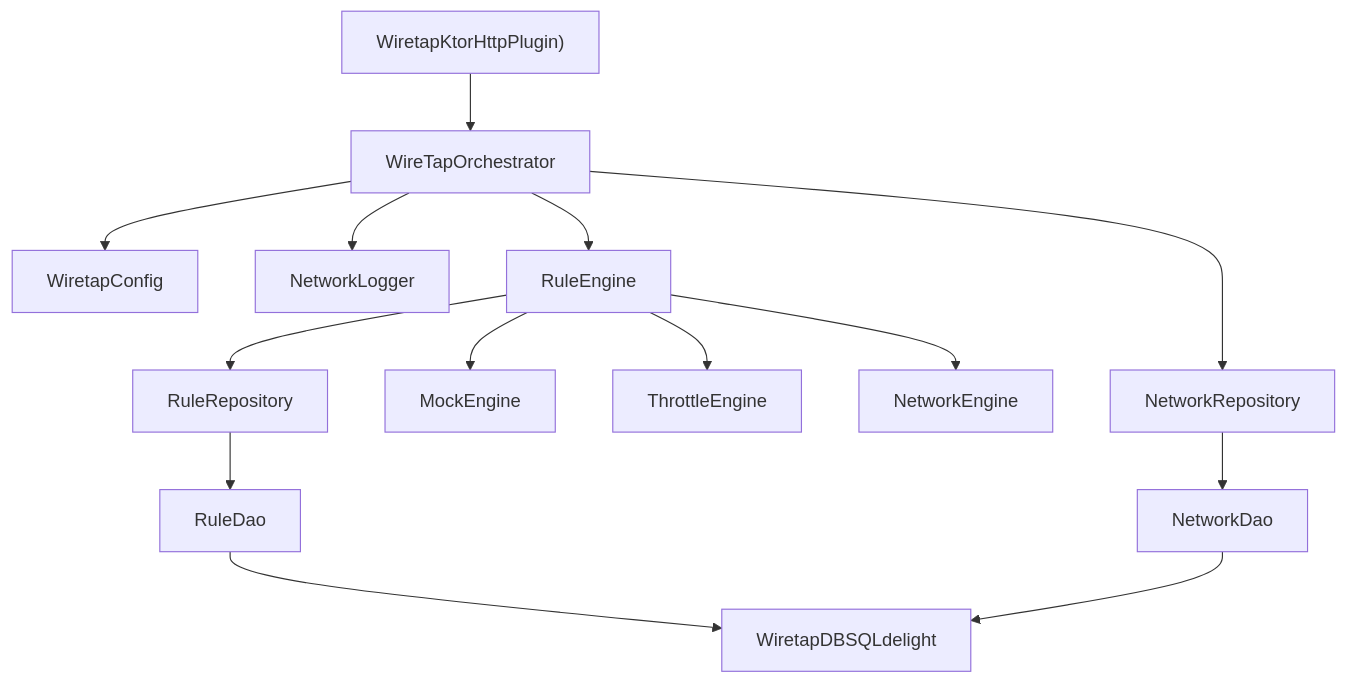
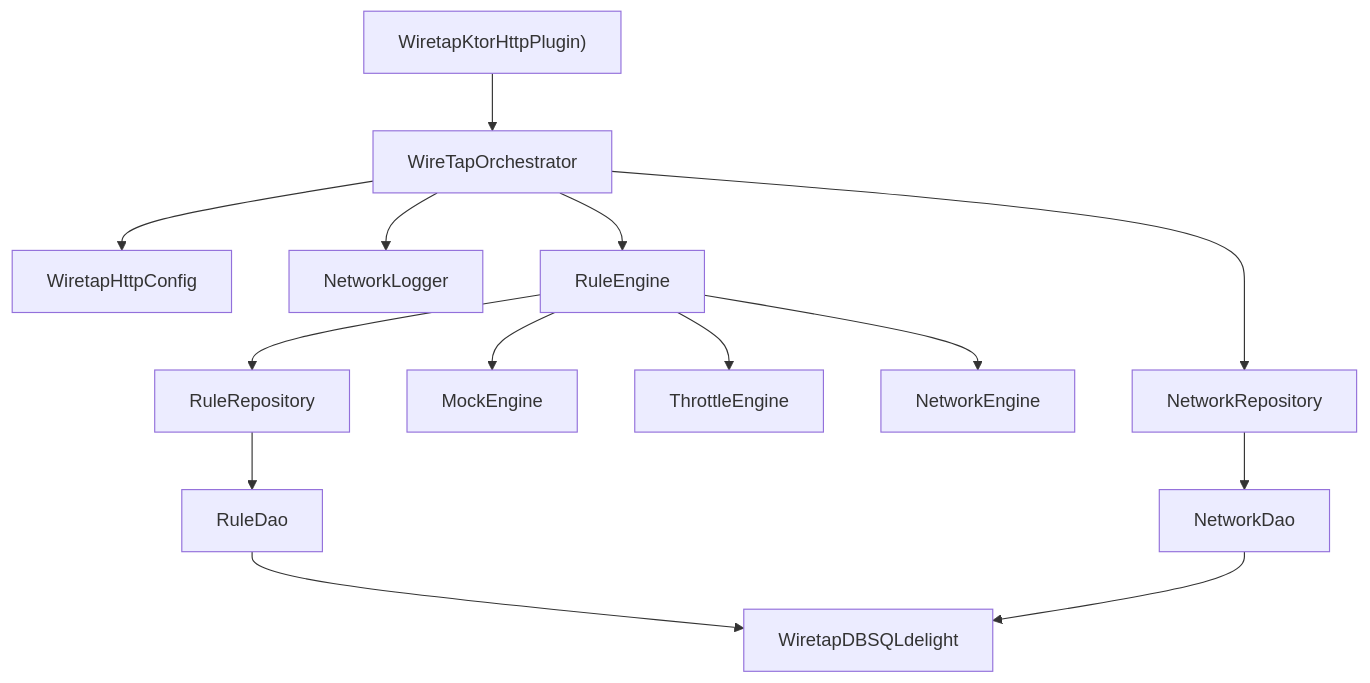
One commit to skymansandy/wiretapKMP changed the diagram in docs/hld/HLD.md. Above: the diagram before and after it, drawn with Mermaid. The commit also changed 44 other files, not shown here.

````diff
--- a/docs/hld/HLD.md
+++ b/docs/hld/HLD.md
@@ -1,34 +1,34 @@
 ```mermaid
 flowchart TD
     WiretapPlugin["WiretapKtorHttpPlugin)"]
     WireTapOrchestrator["WireTapOrchestrator"]
-    WiretapConfig["WiretapConfig"]
+    WiretapHttpConfig["WiretapHttpConfig"]
     NetworkRepository["NetworkRepository"]
     NetworkLogger["NetworkLogger"]
     NetworkDao["NetworkDao"]
     WiretapDB["WiretapDBSQLdelight"]
     RuleEngine["RuleEngine"]
     MockEngine["MockEngine"]
     ThrottleEngine["ThrottleEngine"]
     NetworkEngine["NetworkEngine"]
     RuleRepository["RuleRepository"]
     RuleDao["RuleDao"]
 
     WiretapPlugin --> WireTapOrchestrator
 
-    WireTapOrchestrator --> WiretapConfig
+    WireTapOrchestrator --> WiretapHttpConfig
     WireTapOrchestrator --> NetworkRepository
     WireTapOrchestrator --> NetworkLogger
     WireTapOrchestrator --> RuleEngine
 
     RuleEngine --> MockEngine
     RuleEngine --> ThrottleEngine
     RuleEngine --> NetworkEngine
     RuleEngine --> RuleRepository
 
     RuleRepository --> RuleDao
     RuleDao --> WiretapDB
 
     NetworkRepository --> NetworkDao
     NetworkDao --> WiretapDB
 ```
````
